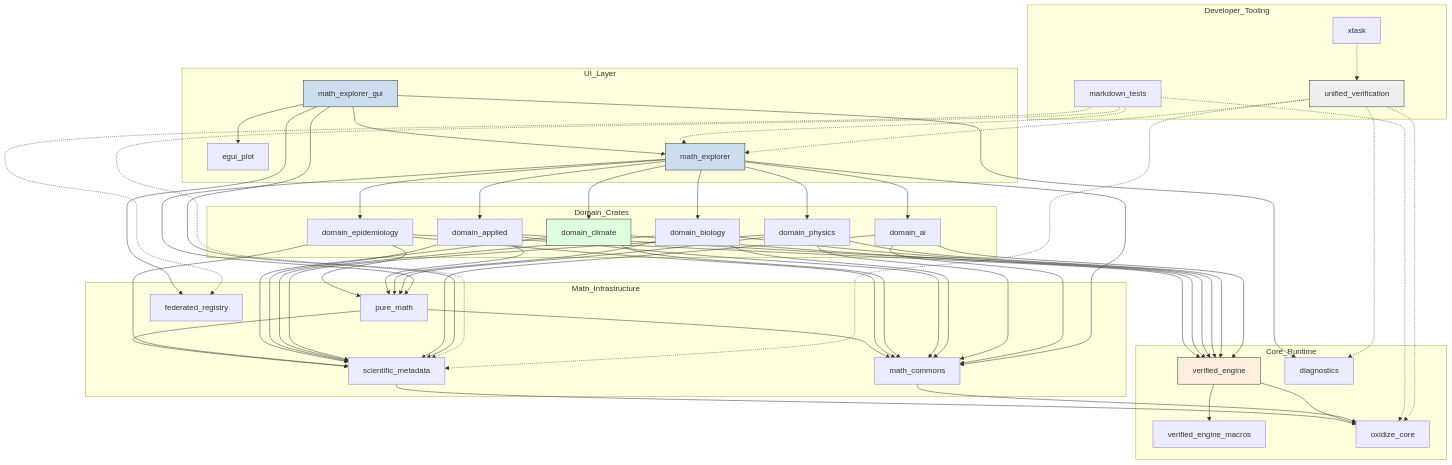
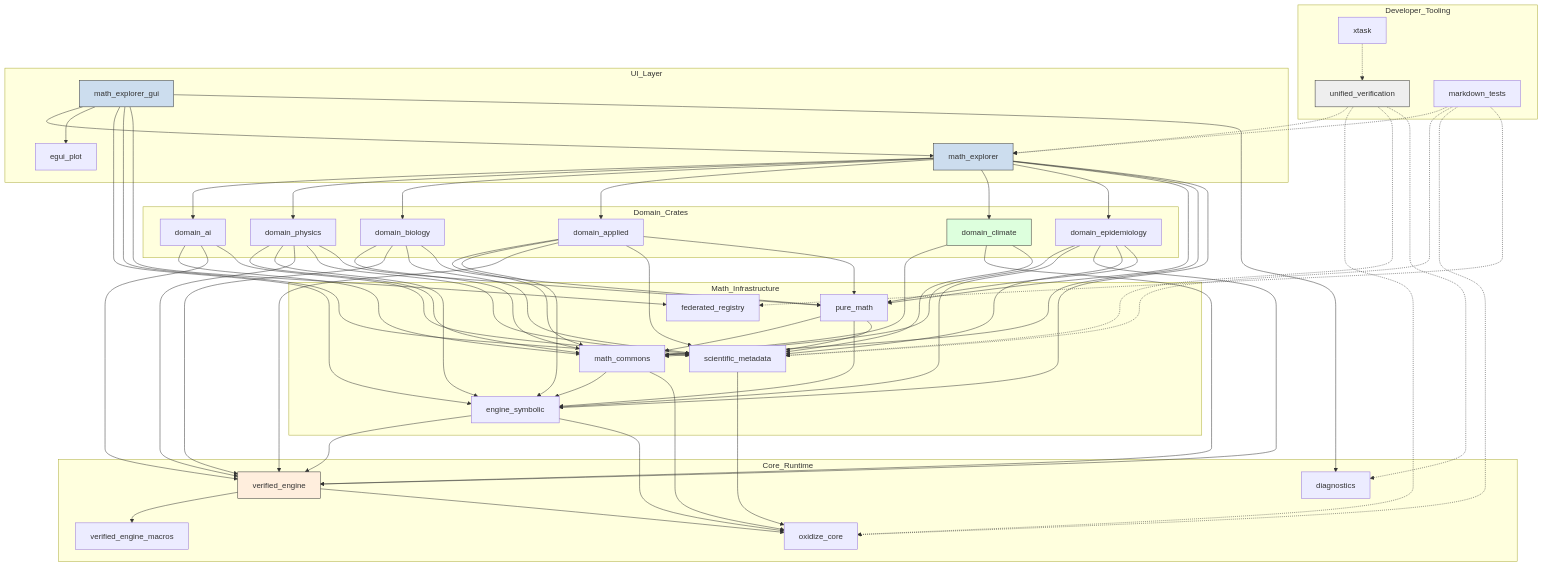
One commit to fderuiter/OxidizeMath changed the second of 2 diagrams in docs/architecture/system_overview.md. Above: the diagram before and after it, drawn with Mermaid. The commit also changed other lines of this file and 94 other files, not shown here.

Commit message:
feat(symbolic): add no_std engine_symbolic with bounded e-graph CAS and autodiff

````diff
--- a/docs/architecture/system_overview.md
+++ b/docs/architecture/system_overview.md
@@ -46,65 +46,67 @@
 ```mermaid
 graph TD
     subgraph Developer_Tooling
         Xtask[xtask]
         Verify[unified_verification]
         MdTests[markdown_tests]
     end
 
     subgraph UI_Layer
         GUI[math_explorer_gui]
         Plot[egui_plot]
         Explorer[math_explorer]
     end
 
     subgraph Domain_Crates
         AI[domain_ai]
         Phys[domain_physics]
         Bio[domain_biology]
         App[domain_applied]
         Clim[domain_climate]
         Epi[domain_epidemiology]
     end
 
     subgraph Math_Infrastructure
         Pure[pure_math]
         Commons[math_commons]
+        Sym[engine_symbolic]
         Meta[scientific_metadata]
         Registry[federated_registry]
     end
 
     subgraph Core_Runtime
         Engine[verified_engine]
         Macros[verified_engine_macros]
         CoreCrate[oxidize_core]
         Diag[diagnostics]
     end
 
     Xtask -.-> Verify
     Verify -.-> Explorer & CoreCrate & Meta & Diag
     MdTests -.-> Explorer & Meta & CoreCrate & Registry
 
     GUI --> Explorer
     GUI --> Plot
-    GUI --> Meta & Registry & Diag
+    GUI --> Sym & Meta & Registry & Diag
     Explorer --> AI & Phys & Bio & App & Clim & Epi
-    Explorer --> Pure & Commons
+    Explorer --> Pure & Commons & Sym
 
     AI --> Commons & Engine & Meta
-    Phys --> Commons & Engine & Meta & Pure
+    Phys --> Commons & Sym & Engine & Meta & Pure
     Bio --> Commons & Engine & Meta & Pure
-    App --> Commons & Engine & Meta & Pure
+    App --> Commons & Sym & Engine & Meta & Pure
     Clim --> Commons & Engine & Meta
-    Epi --> Commons & Engine & Meta & Pure
+    Epi --> Commons & Sym & Engine & Meta & Pure
 
-    Pure --> Commons & Meta
-    Commons --> CoreCrate
+    Pure --> Commons & Sym & Meta
+    Commons --> Sym & CoreCrate
+    Sym --> Engine & CoreCrate
     Engine --> Macros & CoreCrate
     Meta --> CoreCrate
 
     style GUI fill:#cde,stroke:#333
     style Explorer fill:#cde,stroke:#333
     style Engine fill:#fed,stroke:#333
     style Clim fill:#dfd,stroke:#333
     style Verify fill:#eee,stroke:#333
 ```
````
